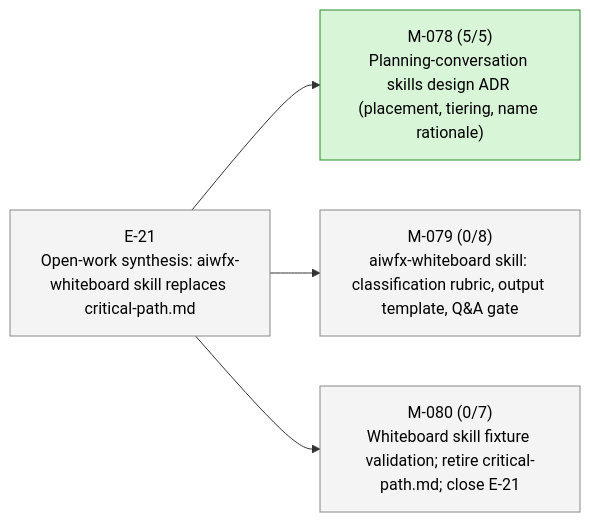
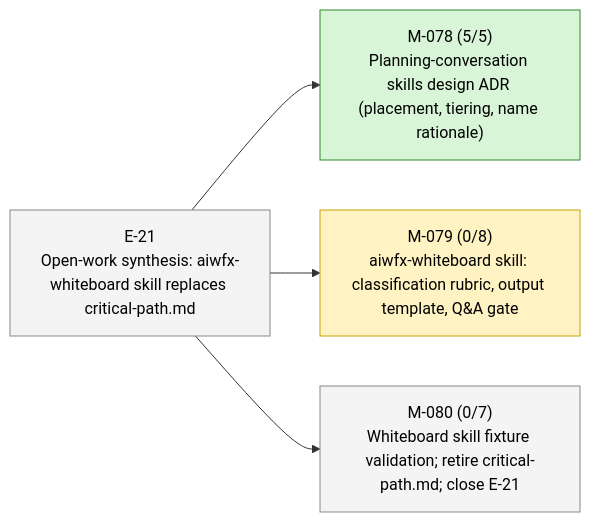
One commit to 23min/aiwf changed the second of 2 diagrams in STATUS.md. Above: the diagram before and after it, drawn with Mermaid. The commit also changed other lines of this file and 1 other file, not shown here.

Commit message:
aiwf promote M-079 draft -> in_progress
aiwf-verb: promote
aiwf-entity: M-079
aiwf-actor: human/peter
aiwf-to: in_progress

````diff
--- a/STATUS.md
+++ b/STATUS.md
@@ -47,16 +47,16 @@
 ```mermaid
 flowchart LR
   E_21["E-21<br/>Open-work synthesis: aiwfx-whiteboard skill replaces critical-path.md"]:::epic_proposed
   M_078["M-078 (5/5)<br/>Planning-conversation skills design ADR (placement, tiering, name rationale)"]:::ms_done
   E_21 --> M_078
-  M_079["M-079 (0/8)<br/>aiwfx-whiteboard skill: classification rubric, output template, Q&A gate"]:::ms_draft
+  M_079["M-079 (0/8)<br/>aiwfx-whiteboard skill: classification rubric, output template, Q&A gate"]:::ms_in_progress
   E_21 --> M_079
   M_080["M-080 (0/7)<br/>Whiteboard skill fixture validation; retire critical-path.md; close E-21"]:::ms_draft
   E_21 --> M_080
   classDef epic_active fill:#d6eaff,stroke:#1a73e8,color:#000
   classDef epic_proposed fill:#f4f4f4,stroke:#888,color:#000
   classDef ms_done fill:#d8f5d8,stroke:#2a8a2a,color:#000
   classDef ms_in_progress fill:#fff3c4,stroke:#caa400,color:#000
   classDef ms_draft fill:#f4f4f4,stroke:#888,color:#000
   classDef ms_cancelled fill:#fbeaea,stroke:#c33,color:#000
 ```
````
